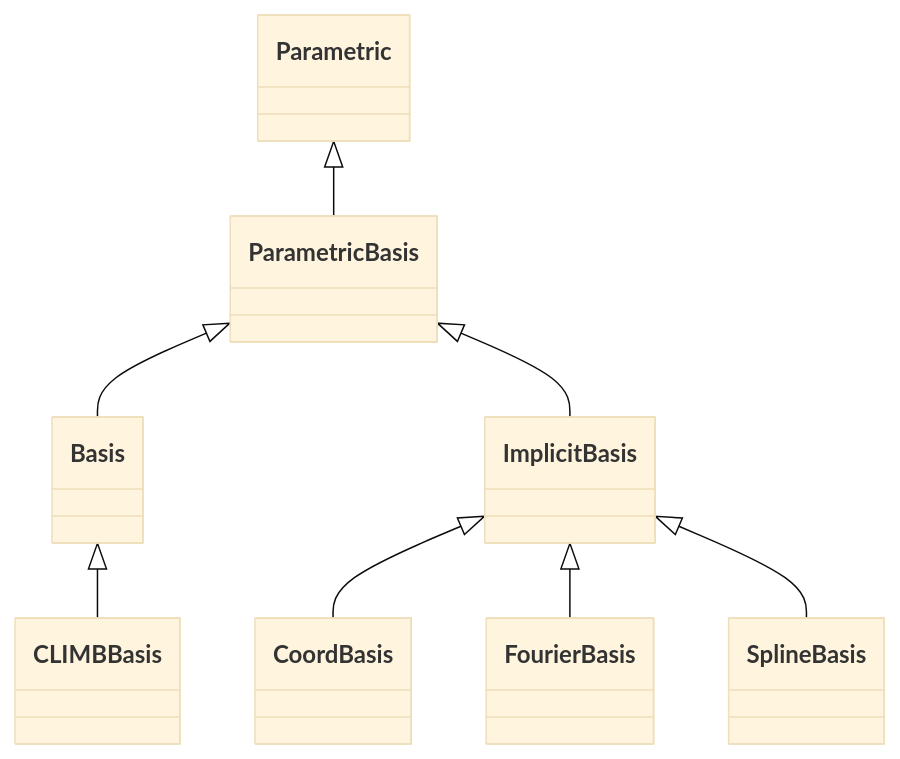
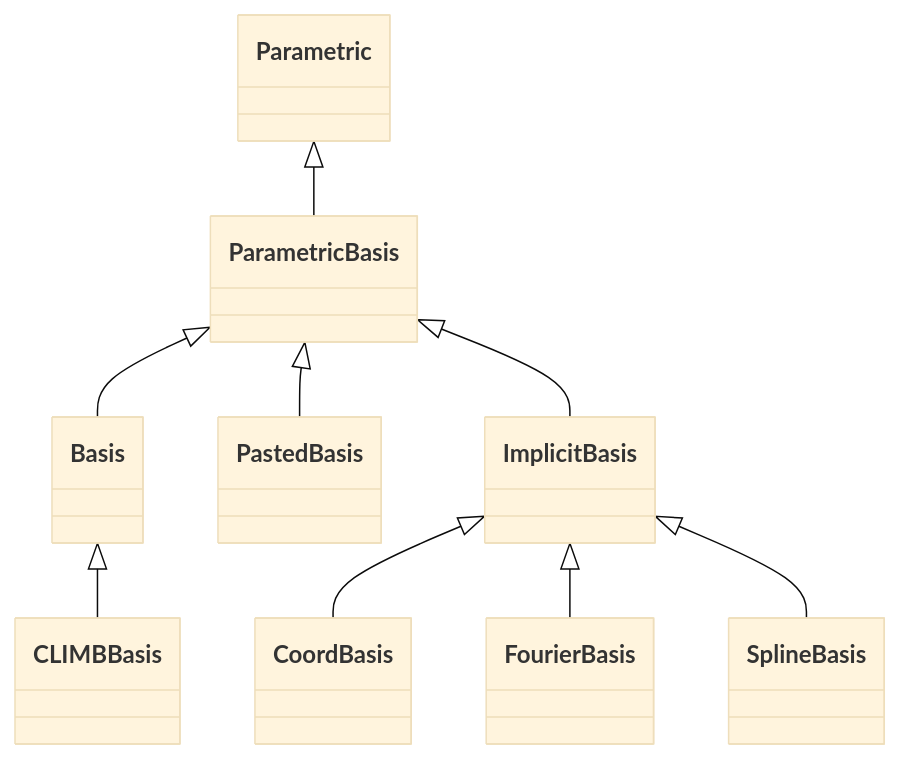
The diagram in docs/API/parametric/bases.md (LouisDesdoigts/dLux), drawn with Mermaid (base theme) before and after one commit. The commit also changed other lines of this file and 103 other files, not shown here.

````diff
--- a/docs/API/parametric/bases.md
+++ b/docs/API/parametric/bases.md
@@ -5,25 +5,28 @@
 ```mermaid
 classDiagram
     class dLux_parametric_bases_ParametricBasis["ParametricBasis"]
     class dLux_parametric_bases_Basis["Basis"]
+    class dLux_parametric_bases_PastedBasis["PastedBasis"]
     class dLux_parametric_bases_ImplicitBasis["ImplicitBasis"]
     class dLux_parametric_bases_CoordBasis["CoordBasis"]
     class dLux_parametric_bases_CLIMBBasis["CLIMBBasis"]
     class dLux_parametric_bases_FourierBasis["FourierBasis"]
     class dLux_parametric_bases_SplineBasis["SplineBasis"]
     class dLux_parametric_parametrics_Parametric["Parametric"]
     dLux_parametric_parametrics_Parametric <|-- dLux_parametric_bases_ParametricBasis
-    click dLux_parametric_bases_ParametricBasis href "#dLux.parametric.bases.ParametricBasis" "Attributes: coefficients, shape · Properties: coeffs, c, alpha, coefficient_shape · Methods: evaluate_basis(), solve_basis()"
+    click dLux_parametric_bases_ParametricBasis href "#dLux.parametric.bases.ParametricBasis" "Attributes: coeffs, shape · Properties: coefficients, c, alpha · Methods: evaluate_basis(), solve_basis()"
     dLux_parametric_bases_ParametricBasis <|-- dLux_parametric_bases_Basis
-    click dLux_parametric_bases_Basis href "#dLux.parametric.bases.Basis" "Attributes: coefficients, shape, basis · Methods: evaluate(), solve_basis()"
+    click dLux_parametric_bases_Basis href "#dLux.parametric.bases.Basis" "Attributes: coeffs, shape, basis · Methods: evaluate(), solve_basis()"
+    dLux_parametric_bases_ParametricBasis <|-- dLux_parametric_bases_PastedBasis
+    click dLux_parametric_bases_PastedBasis href "#dLux.parametric.bases.PastedBasis" "Attributes: coeffs, shape, basis, spec, method · Methods: evaluate(), solve_basis()"
     dLux_parametric_bases_ParametricBasis <|-- dLux_parametric_bases_ImplicitBasis
-    click dLux_parametric_bases_ImplicitBasis href "#dLux.parametric.bases.ImplicitBasis" "Attributes: coefficients, shape · Methods: calculate_basis(), evaluate(), solve_basis()"
+    click dLux_parametric_bases_ImplicitBasis href "#dLux.parametric.bases.ImplicitBasis" "Attributes: coeffs, shape · Methods: calculate_basis(), evaluate(), solve_basis()"
     dLux_parametric_bases_ImplicitBasis <|-- dLux_parametric_bases_CoordBasis
-    click dLux_parametric_bases_CoordBasis href "#dLux.parametric.bases.CoordBasis" "Attributes: coefficients, shape · Methods: get_coordinates()"
+    click dLux_parametric_bases_CoordBasis href "#dLux.parametric.bases.CoordBasis" "Attributes: coeffs, shape · Methods: get_coordinates()"
     dLux_parametric_bases_Basis <|-- dLux_parametric_bases_CLIMBBasis
-    click dLux_parametric_bases_CLIMBBasis href "#dLux.parametric.bases.CLIMBBasis" "Attributes: coefficients, shape, basis, values, oversample · Methods: evaluate_latent(), evaluate()"
+    click dLux_parametric_bases_CLIMBBasis href "#dLux.parametric.bases.CLIMBBasis" "Attributes: coeffs, shape, basis, values, oversample · Methods: evaluate_latent(), evaluate()"
     dLux_parametric_bases_ImplicitBasis <|-- dLux_parametric_bases_FourierBasis
-    click dLux_parametric_bases_FourierBasis href "#dLux.parametric.bases.FourierBasis" "Attributes: coefficients, shape, kernels · Methods: calculate_basis(), evaluate(), resize()"
+    click dLux_parametric_bases_FourierBasis href "#dLux.parametric.bases.FourierBasis" "Attributes: coeffs, shape, kernels · Methods: calculate_basis(), evaluate(), resize()"
     dLux_parametric_bases_ImplicitBasis <|-- dLux_parametric_bases_SplineBasis
-    click dLux_parametric_bases_SplineBasis href "#dLux.parametric.bases.SplineBasis" "Attributes: coefficients, shape, knot_coords, sample_coords, method · Methods: calculate_basis(), evaluate()"
+    click dLux_parametric_bases_SplineBasis href "#dLux.parametric.bases.SplineBasis" "Attributes: coeffs, shape, knot_coords, sample_coords, method · Methods: calculate_basis(), evaluate()"
 ```
````
